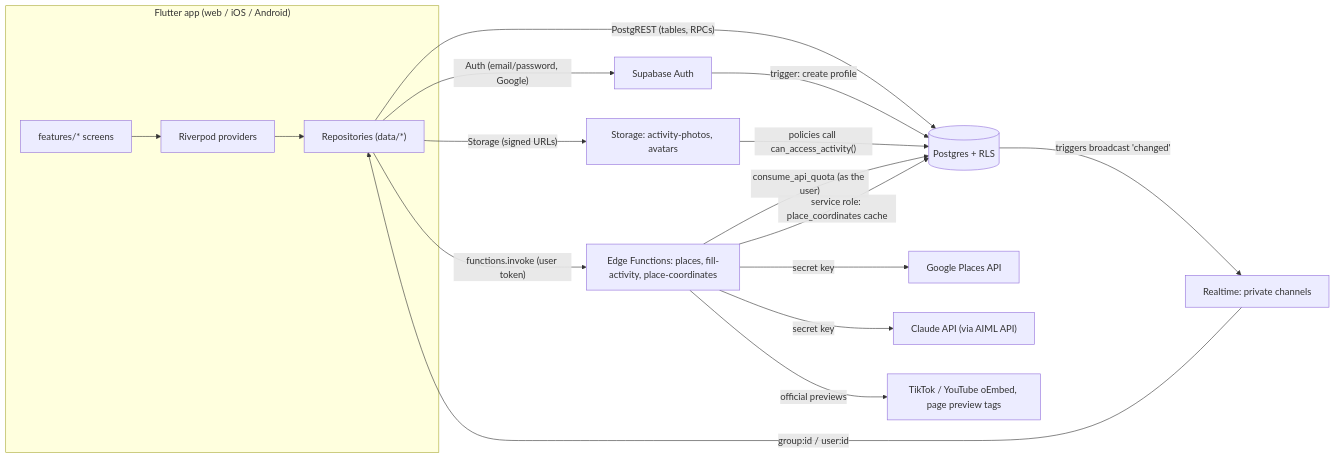
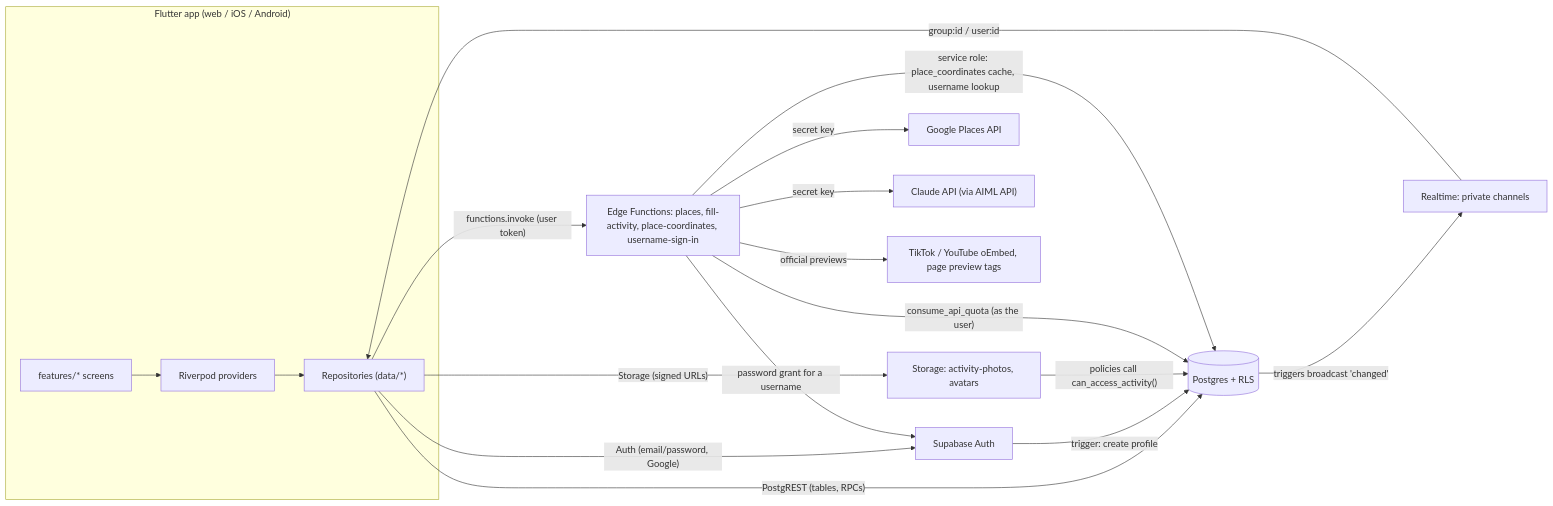
The first of 2 diagrams in docs/architecture.md (kangjin97/project1.0), drawn with Mermaid before and after one commit. The commit also changed other lines of this file and 19 other files, not shown here.

First line of the commit message:
Sign in with a username or email

````diff
--- a/docs/architecture.md
+++ b/docs/architecture.md
@@ -5,20 +5,21 @@
 ```mermaid
 flowchart LR
   subgraph App["Flutter app (web / iOS / Android)"]
     UI["features/* screens"] --> P["Riverpod providers"]
     P --> R["Repositories (data/*)"]
   end
   R -- "PostgREST (tables, RPCs)" --> DB[(Postgres + RLS)]
   R -- "Auth (email/password, Google)" --> AUTH[Supabase Auth]
   R -- "Storage (signed URLs)" --> ST[Storage: activity-photos, avatars]
   DB -- "triggers broadcast 'changed'" --> RT[Realtime: private channels]
   RT -- "group:id / user:id" --> R
   AUTH -- "trigger: create profile" --> DB
   ST -- "policies call can_access_activity()" --> DB
-  R -- "functions.invoke (user token)" --> EF[Edge Functions: places, fill-activity, place-coordinates]
+  R -- "functions.invoke (user token)" --> EF[Edge Functions: places, fill-activity, place-coordinates, username-sign-in]
   EF -- "consume_api_quota (as the user)" --> DB
-  EF -- "service role: place_coordinates cache" --> DB
+  EF -- "service role: place_coordinates cache, username lookup" --> DB
+  EF -- "password grant for a username" --> AUTH
   EF -- "secret key" --> GP[Google Places API]
   EF -- "secret key" --> CL["Claude API (via AIML API)"]
   EF -- "official previews" --> WEB[TikTok / YouTube oEmbed, page preview tags]
 ```
````
